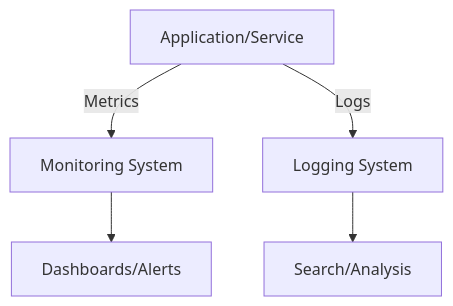
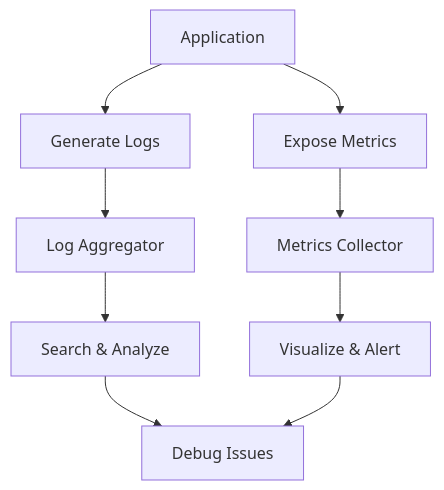
Before and after one commit to VrushankPatel/interview-matters: the diagram in monitoring-and-logging/README.md, drawn with Mermaid. The commit also changed other lines of this file and 5 other files, not shown here.

Commit message:
kb: add/update topics Caching, Latency and Throughput Zero to Hero, Monitoring and Logging, Async Logging, DevOps & Infrastructure as Code

````diff
--- a/monitoring-and-logging/README.md
+++ b/monitoring-and-logging/README.md
@@ -33,7 +49,11 @@
 ```mermaid
 graph TD
-    A[Application/Service] -->|Metrics| B[Monitoring System]
-    A -->|Logs| C[Logging System]
-    B --> D[Dashboards/Alerts]
-    C --> E[Search/Analysis]
+    A[Application] --> B[Generate Logs]
+    A --> C[Expose Metrics]
+    B --> D[Log Aggregator]
+    C --> E[Metrics Collector]
+    D --> F[Search & Analyze]
+    E --> G[Visualize & Alert]
+    F --> H[Debug Issues]
+    G --> H
 ```
````
